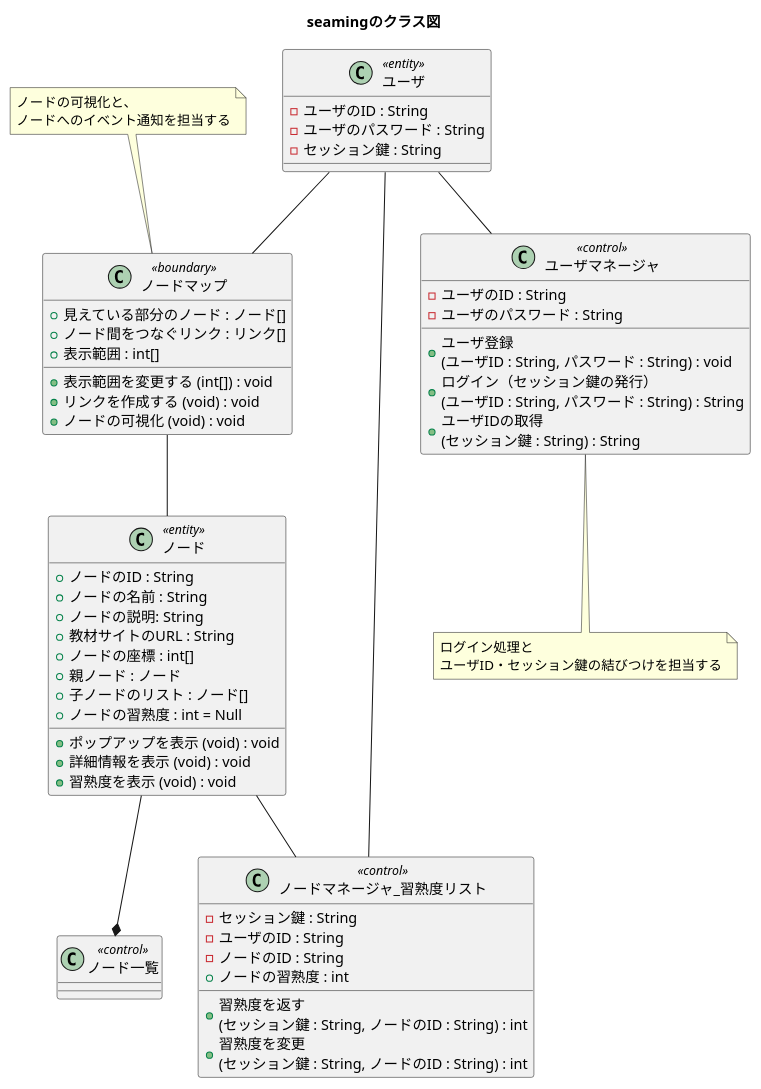
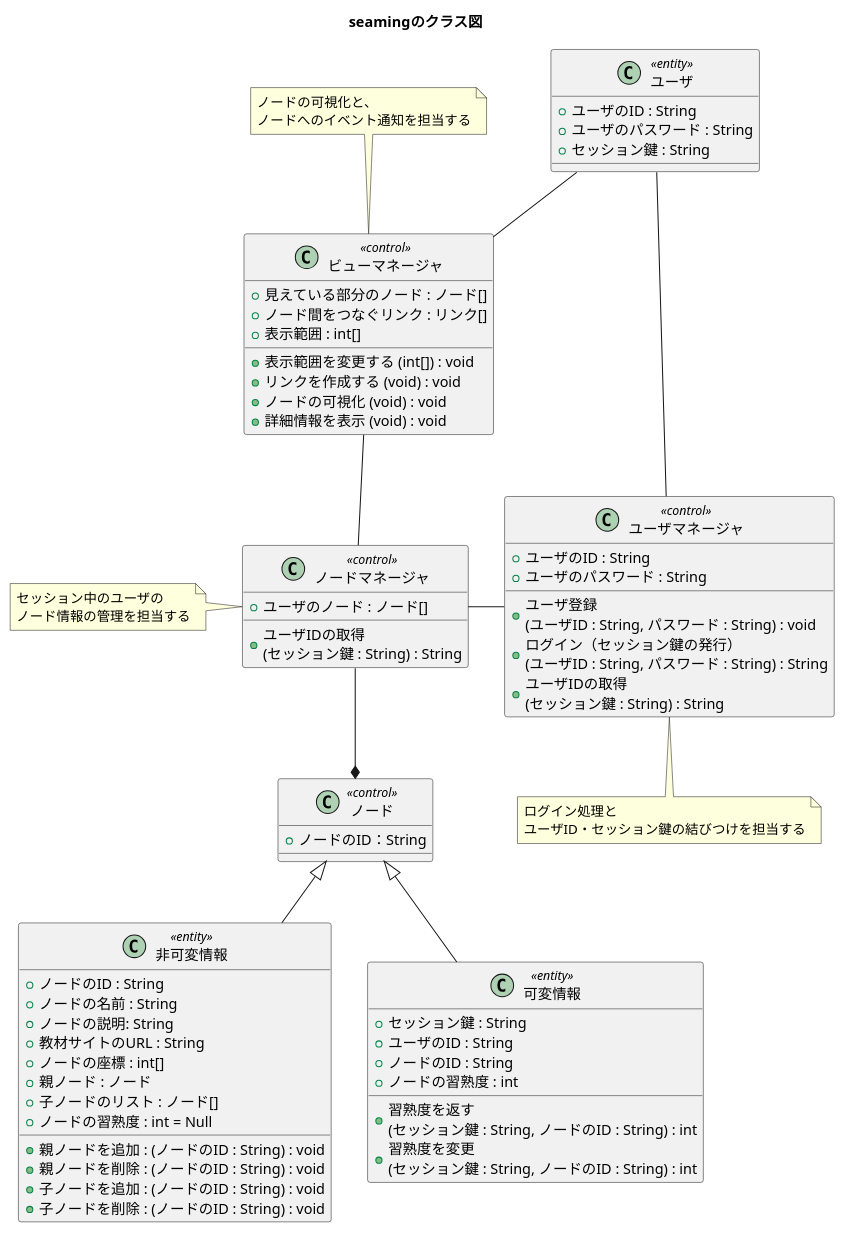
One commit to PastaSoba/seaming changed the diagram in docs/UML/class.pu. Above: the diagram before and after it, drawn with PlantUML.

Commit message:
ビューマネージャとノードマネージャの作成

```diff
--- a/docs/UML/class.pu
+++ b/docs/UML/class.pu
@@ -1,71 +1,76 @@
 @startuml
 title seamingのクラス図
 
-class ノードマップ << boundary >> {
+class ビューマネージャ << control >> {
     + 見えている部分のノード : ノード[]
     + ノード間をつなぐリンク : リンク[]
     + 表示範囲 : int[]
     + 表示範囲を変更する (int[]) : void
     + リンクを作成する (void) : void
     + ノードの可視化 (void) : void
+    + 詳細情報を表示 (void) : void
 }
 
-class ノード << entity >> {
+class ノードマネージャ << control >> {
+    + ユーザのノード : ノード[]
+    + ユーザIDの取得\n(セッション鍵 : String) : String
+}
+
+class 非可変情報 << entity >> {
     + ノードのID : String
     + ノードの名前 : String
     + ノードの説明: String
     + 教材サイトのURL : String
     + ノードの座標 : int[]
     + 親ノード : ノード
     + 子ノードのリスト : ノード[]
     + ノードの習熟度 : int = Null
-
-    + ポップアップを表示 (void) : void
-    + 詳細情報を表示 (void) : void
-    + 習熟度を表示 (void) : void
+    + 親ノードを追加 : (ノードのID : String) : void
+    + 親ノードを削除 : (ノードのID : String) : void
+    + 子ノードを追加 : (ノードのID : String) : void
+    + 子ノードを削除 : (ノードのID : String) : void
 }
 
-class ノードマネージャ_習熟度リスト << control >> {
-    - セッション鍵 : String
-    - ユーザのID : String
-    - ノードのID : String
+class 可変情報 << entity >> {
+    + セッション鍵 : String
+    + ユーザのID : String
+    + ノードのID : String
     + ノードの習熟度 : int 
 
     + 習熟度を返す\n(セッション鍵 : String, ノードのID : String) : int
     + 習熟度を変更\n(セッション鍵 : String, ノードのID : String) : int
 }
 
-class ノード一覧 << control >> {
+class ノード << control >> {
+    + ノードのID：String
 }
 
 
 class ユーザ << entity >> {
-    - ユーザのID : String
-    - ユーザのパスワード : String
-    - セッション鍵 : String
+    + ユーザのID : String
+    + ユーザのパスワード : String
+    + セッション鍵 : String
 }
 
 class ユーザマネージャ << control >> {
-    - ユーザのID : String
-    - ユーザのパスワード : String
+    + ユーザのID : String
+    + ユーザのパスワード : String
     + ユーザ登録\n(ユーザID : String, パスワード : String) : void
     + ログイン（セッション鍵の発行）\n(ユーザID : String, パスワード : String) : String
     + ユーザIDの取得\n(セッション鍵 : String) : String
 }
 
 Note bottom of ユーザマネージャ : ログイン処理と\nユーザID・セッション鍵の結びつけを担当する
 
-Note top of ノードマップ : ノードの可視化と、\nノードへのイベント通知を担当する
+Note top of ビューマネージャ : ノードの可視化と、\nノードへのイベント通知を担当する
 
+Note left of ノードマネージャ : セッション中のユーザの\nノード情報の管理を担当する
 
-' ドラッグの部分
-ユーザ -- ノードマップ
-ノードマップ -- ノード
-
-
-ノード --* ノード一覧
-
-ユーザ -- ユーザマネージャ
-ノード -- ノードマネージャ_習熟度リスト
-ユーザ -- ノードマネージャ_習熟度リスト
+ユーザ -down- ビューマネージャ
+ユーザ -down- ユーザマネージャ
+ビューマネージャ -- ノードマネージャ
+ノードマネージャ -right- ユーザマネージャ
+ノードマネージャ --* ノード
+非可変情報 -up-|> ノード
+可変情報 -up-|> ノード
 @enduml
```
